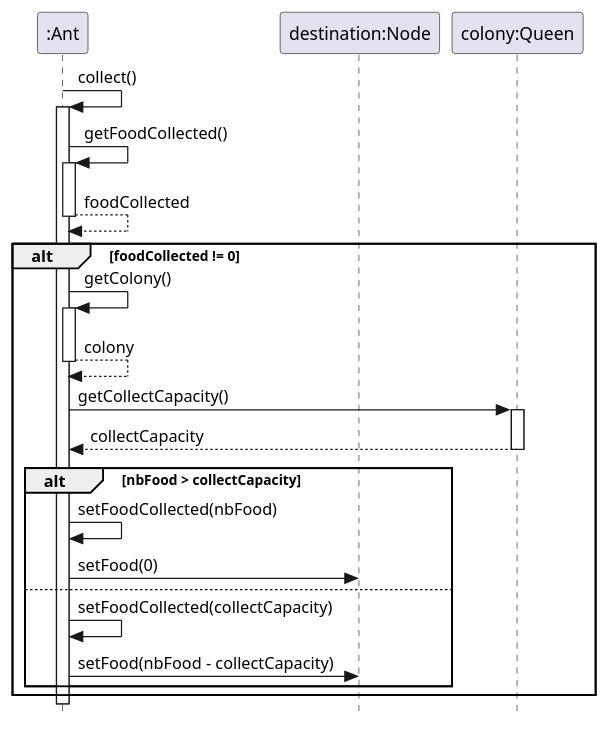
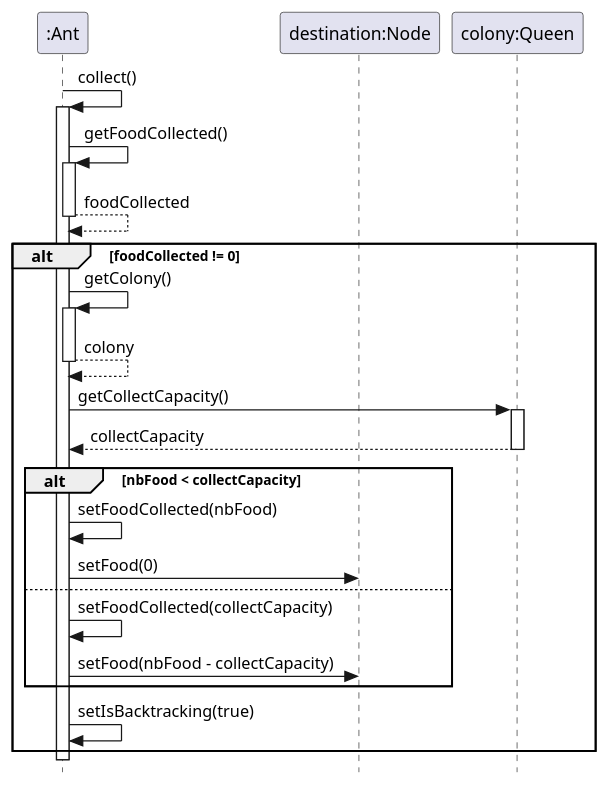
The diagram in src/main/uml/Fourmis_DS_Collect.puml (ErenMustafaGit/ColonieFourmis), drawn with PlantUML before and after one commit. The commit also changed 1 other file, not shown here.

Commit message:
Update du diagrame s

```diff
--- a/src/main/uml/Fourmis_DS_Collect.puml
+++ b/src/main/uml/Fourmis_DS_Collect.puml
@@ -1,41 +1,42 @@
 @startuml
 'https://plantuml.com/sequence-diagram
 skinparam style strictuml
 'autonumber
 hide footbox
 
 'title Méthode jouer()
 participant ":Ant" as ant
 participant "destination:Node" as destination
 participant "colony:Queen" as colony
 
 'Pour le bitset.. prof a dit pas besoin
 'participant ":Graphe" as graphe
 'participant "bitPlay:BitSet[][]" as bitPlay
 'participant "bitPlay[i][j]:BitSet" as bitSet
 
 ant -> ant ++ : collect()
 ant -> ant ++ : getFoodCollected()
 return foodCollected
 
 alt foodCollected != 0
     ant -> ant ++ : getColony()
     return colony
     ant -> colony ++ : getCollectCapacity()
     return collectCapacity
 
-    alt nbFood > collectCapacity
+    alt nbFood < collectCapacity
         ant -> ant : setFoodCollected(nbFood)
         ant -> destination : setFood(0)
     else
         ant -> ant : setFoodCollected(collectCapacity)
         ant -> destination : setFood(nbFood - collectCapacity)
     end
+    ant -> ant : setIsBacktracking(true)
 end
 deactivate ant
 
 
 
 
 
 @enduml
```
